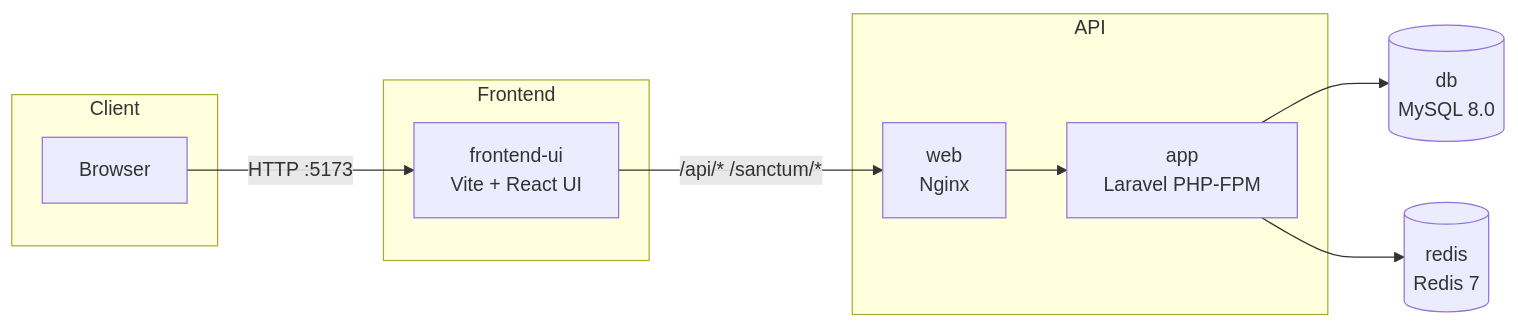
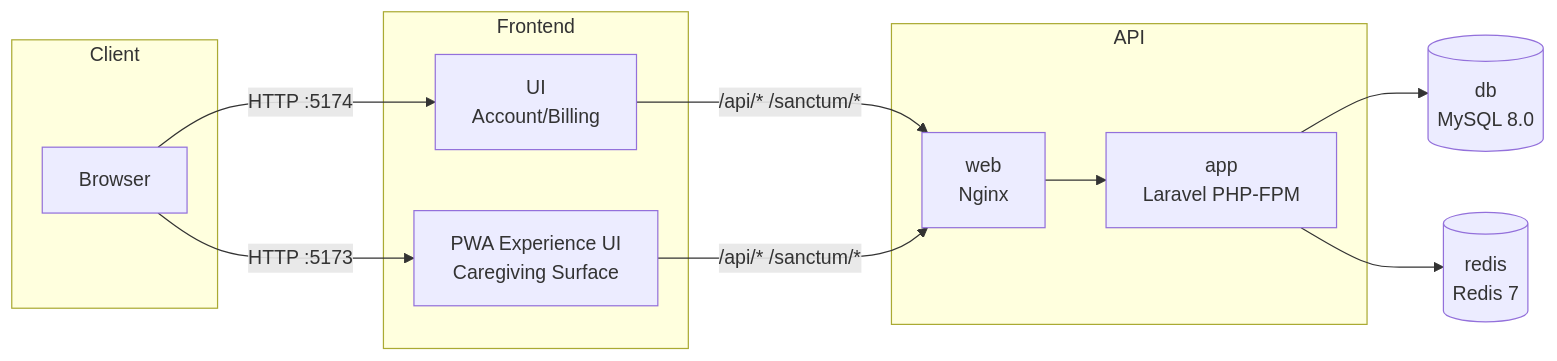
One commit to slightlyprivate/petcare-companion changed the diagram in README.md. Above: the diagram before and after it, drawn with Mermaid. The commit also changed other lines of this file and 199 other files, not shown here.

````diff
--- a/README.md
+++ b/README.md
@@ -49,24 +51,27 @@
 ```mermaid
 graph LR
   subgraph Client
     A[Browser]
   end
 
   subgraph Frontend
-    F[frontend-ui<br/>Vite + React UI]
+    U[UI<br/>Account/Billing]
+    X[PWA Experience UI<br/>Caregiving Surface]
   end
 
   subgraph API
     W[web<br/>Nginx]
     P[app<br/>Laravel PHP-FPM]
   end
 
   D[(db<br/>MySQL 8.0)]
   R[(redis<br/>Redis 7)]
 
-  A -->|HTTP :5173| F
-  F -->|/api/* /sanctum/*| W
+  A -->|HTTP :5174| U
+  A -->|HTTP :5173| X
+  U -->|/api/* /sanctum/*| W
+  X -->|/api/* /sanctum/*| W
   W --> P
   P --> D
   P --> R
 ```
````
